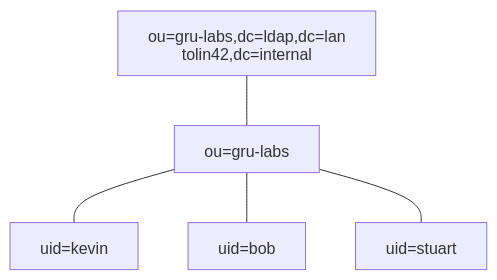
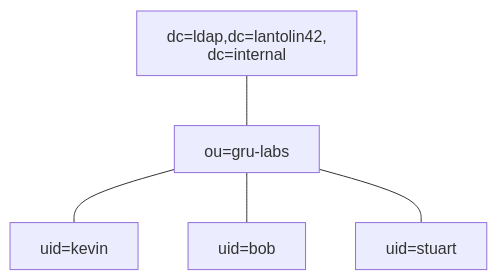
Before and after one commit to lantolin/UNED-DAW: the diagram in uts/UT1/grafico-dit-1.mmd, drawn with Mermaid. The commit also changed 280 other files, not shown here.

```diff
--- a/uts/UT1/grafico-dit-1.mmd
+++ b/uts/UT1/grafico-dit-1.mmd
@@ -1,13 +1,13 @@
 ---
 config:
   theme: default
   htmlLabels: false
   markdownAutoWrap: false
   wrap: false
 ---
 graph TD
-    A[ou=gru-labs,dc=ldap,dc=lantolin42,dc=internal] 
+    A[dc=ldap,dc=lantolin42,<br>dc=internal] 
     A --- C[ou=gru-labs]
     C --- K[uid=kevin]
     C --- BOB[uid=bob]
     C --- ST[uid=stuart]
```
